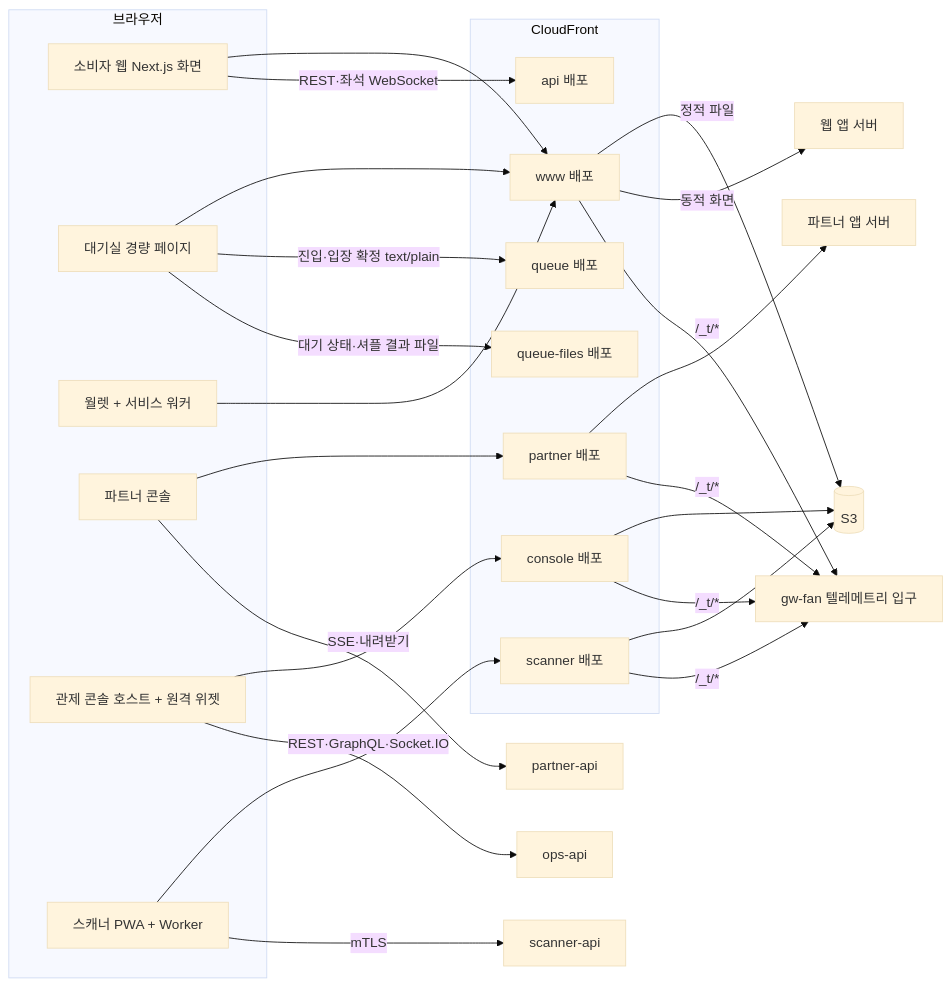
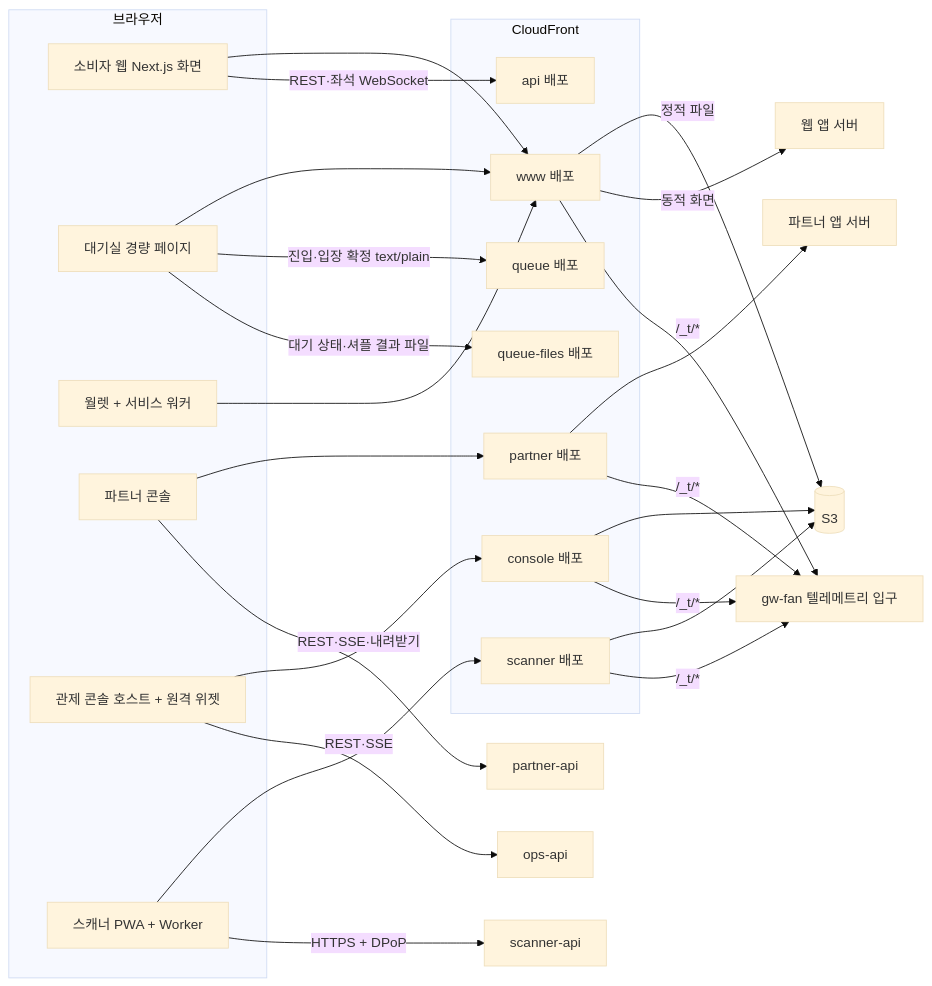
Before and after one commit to peaket/peaket: the first of 2 diagrams in docs/frontend.md, drawn with Mermaid (base theme). The commit also changed other lines of this file and 228 other files, not shown here.

````diff
--- a/docs/frontend.md
+++ b/docs/frontend.md
@@ -169,41 +172,41 @@
 ```mermaid
 flowchart LR
   subgraph B[브라우저]
     W[소비자 웹 Next.js 화면]
     QR[대기실 경량 페이지]
     WL[월렛 + 서비스 워커]
     P[파트너 콘솔]
     C[관제 콘솔 호스트 + 원격 위젯]
     S[스캐너 PWA + Worker]
   end
   subgraph E[CloudFront]
     EW[www 배포]
     EP[partner 배포]
     EC[console 배포]
     ES[scanner 배포]
     EQ[queue 배포]
     EF[queue-files 배포]
     EA[api 배포]
   end
   W --> EW
   QR --> EW
   WL --> EW
   P --> EP
   C --> EC
   S --> ES
   QR -->|진입·입장 확정 text/plain| EQ
   QR -->|대기 상태·셔플 결과 파일| EF
   W -->|REST·좌석 WebSocket| EA
-  P -->|SSE·내려받기| PAPI[partner-api]
-  C -->|REST·GraphQL·Socket.IO| OAPI[ops-api]
-  S -->|mTLS| SAPI[scanner-api]
+  P -->|REST·SSE·내려받기| PAPI[partner-api]
+  C -->|REST·SSE| OAPI[ops-api]
+  S -->|HTTPS + DPoP| SAPI[scanner-api]
   EW -->|정적 파일| S3[(S3)]
   EW -->|동적 화면| WAS[웹 앱 서버]
   EP --> PAS[파트너 앱 서버]
   EC --> S3
   ES --> S3
   EW -->|/_t/*| T[gw-fan 텔레메트리 입구]
   EP -->|/_t/*| T
   EC -->|/_t/*| T
   ES -->|/_t/*| T
 ```
````
